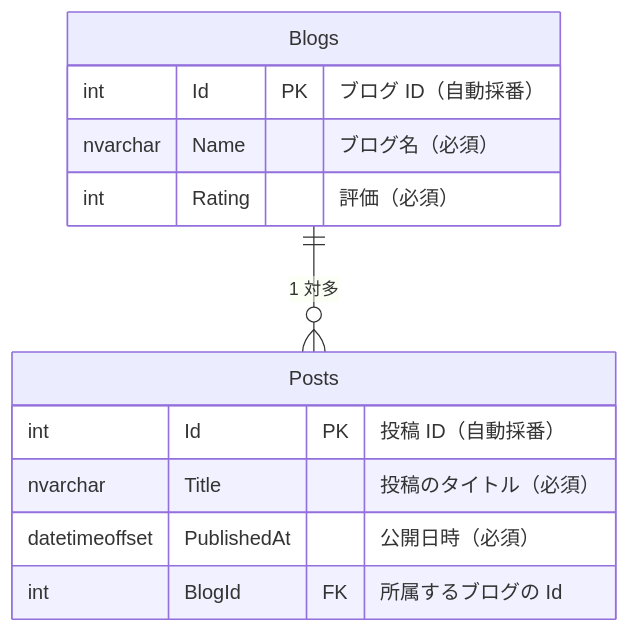
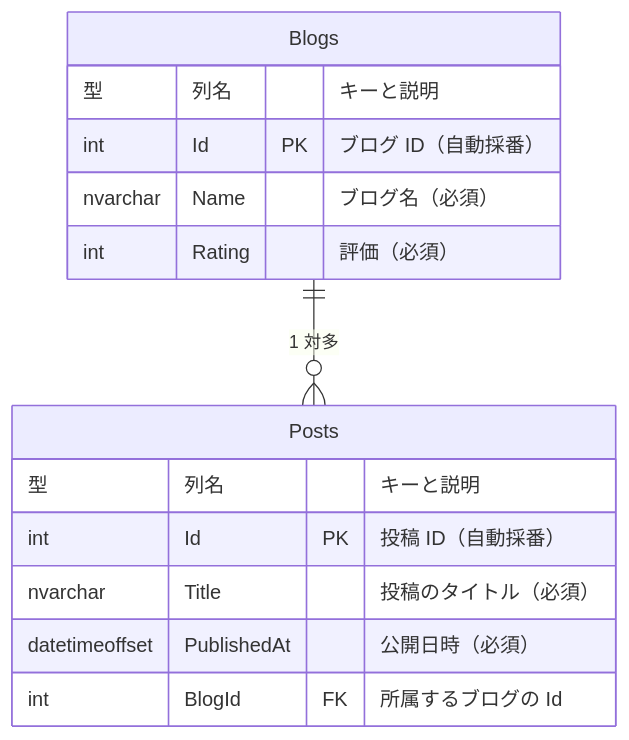
Before and after one commit to microsoft/aspnetcore-ja-handbook: the second of 8 diagrams in src/content/docs/08-entity-framework-core/index.md, drawn with Mermaid.

Commit message:
docs(08): ER 図のボックスに見出し行を追加
型・列名・キー・説明が何を並べたものか分からなかったため、
各テーブルの先頭に `型 列名 "キーと説明"` の見出し行を入れた。

mermaid の erDiagram にヘッダー行の機能はないので、属性行を 1 行足して
見出しに見せている。試した 2 案のうち、キー欄に `UK` を書く案は
実在しない一意キーがあるかのように表示されてしまうため採らず、
キー欄を空にして説明欄の見出しを「キーと説明」とする案を採用した。

- 開発サーバーで各セルの x 座標を測り、見出しが実際の列位置に揃うことを確認した
  （Blogs は型 494 / 列名 581 / 説明 695、Posts は 446 / 578 / 730 で、
  いずれも下の行と一致。キー欄だけ見出しが空になる）
- SVG 幅は 502px のままで、鳥足マーカー 8 個も維持されている

Copilot-Session: cb9e357f-a50f-48d7-a2f0-e878f7bfc777

````diff
--- a/src/content/docs/08-entity-framework-core/index.md
+++ b/src/content/docs/08-entity-framework-core/index.md
@@ -97,17 +97,19 @@
 ```mermaid
 erDiagram
     Blogs ||--o{ Posts : "1 対多"
 
     Blogs {
+        型 列名 "キーと説明"
         int Id PK "ブログ ID（自動採番）"
         nvarchar Name "ブログ名（必須）"
         int Rating "評価（必須）"
     }
 
     Posts {
+        型 列名 "キーと説明"
         int Id PK "投稿 ID（自動採番）"
         nvarchar Title "投稿のタイトル（必須）"
         datetimeoffset PublishedAt "公開日時（必須）"
         int BlogId FK "所属するブログの Id"
     }
 ```
````
